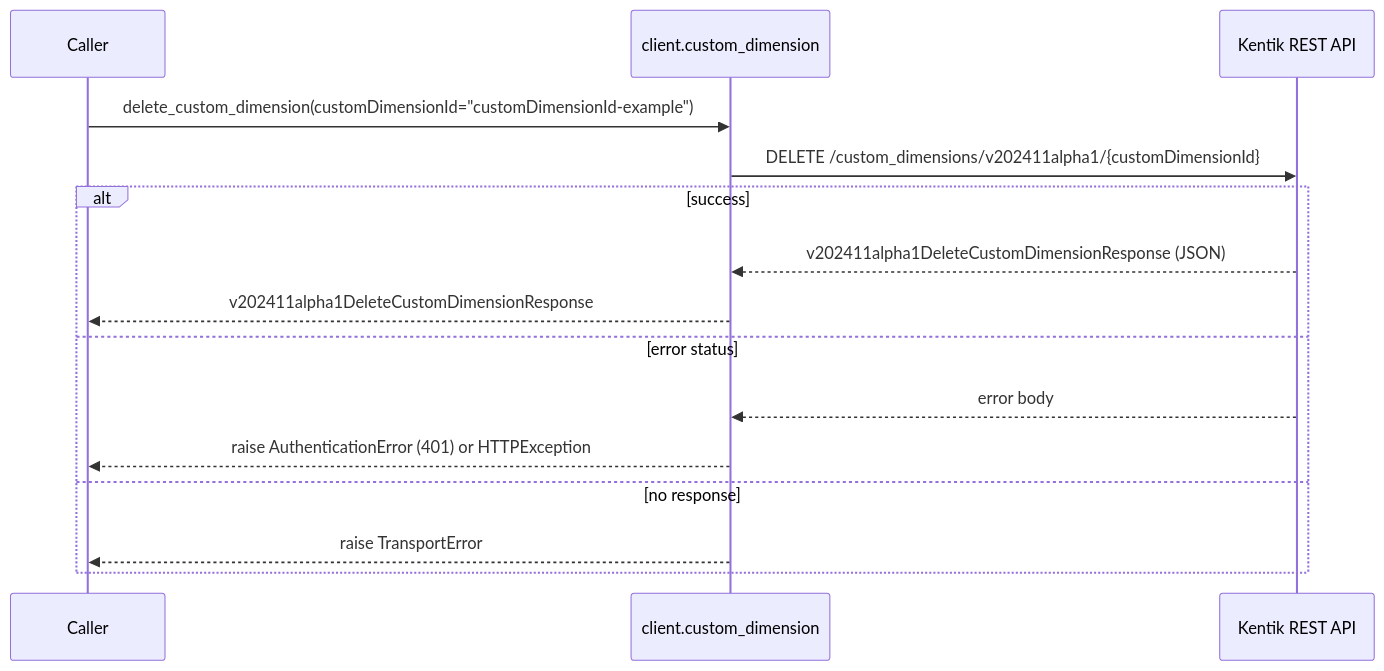
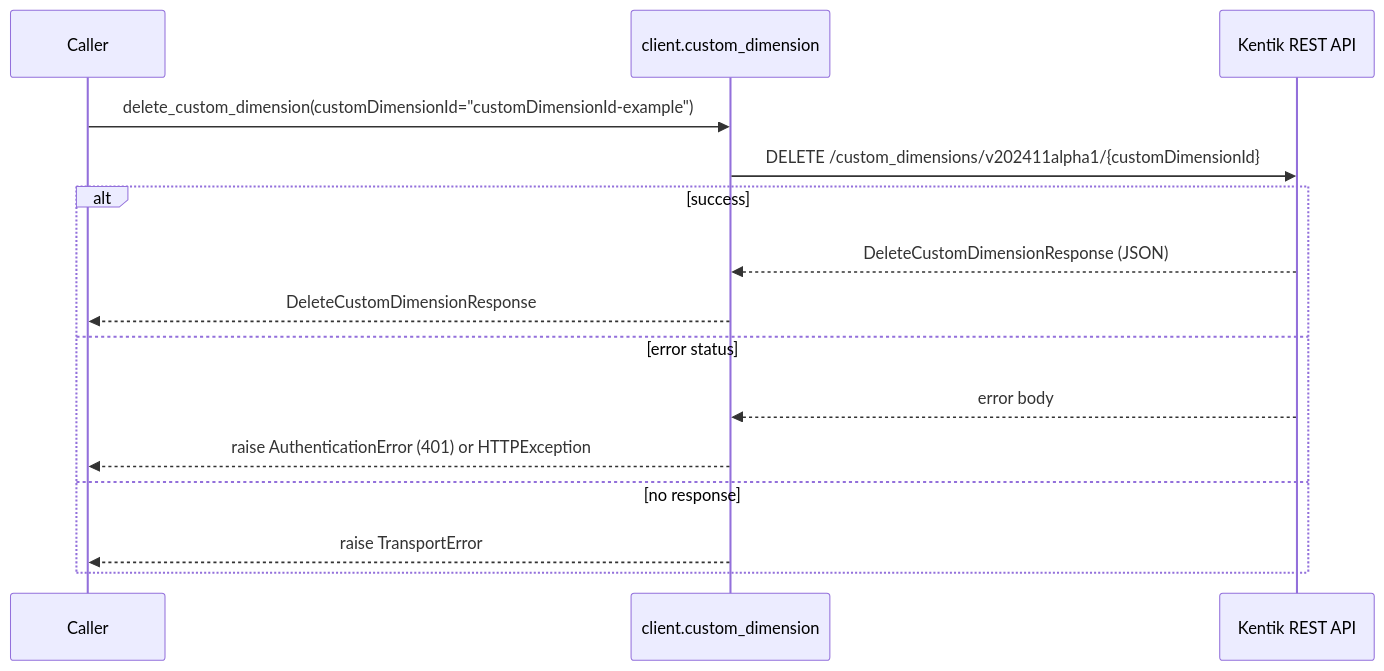
The eighth of 22 diagrams in docs/sphinx/services/custom_dimension.md (alexdearaujo/community_sdk_python), drawn with Mermaid before and after one commit. The commit also changed other lines of this file and 38 other files, not shown here.

````diff
--- a/docs/sphinx/services/custom_dimension.md
+++ b/docs/sphinx/services/custom_dimension.md
@@ -260,18 +260,18 @@
 ```mermaid
 sequenceDiagram
     participant C as Caller
     participant W as client.custom_dimension
     participant API as Kentik REST API
 
     C->>W: delete_custom_dimension(customDimensionId="customDimensionId-example")
     W->>API: DELETE /custom_dimensions/v202411alpha1/{customDimensionId}
     alt success
-        API-->>W: v202411alpha1DeleteCustomDimensionResponse (JSON)
-        W-->>C: v202411alpha1DeleteCustomDimensionResponse
+        API-->>W: DeleteCustomDimensionResponse (JSON)
+        W-->>C: DeleteCustomDimensionResponse
     else error status
         API-->>W: error body
         W-->>C: raise AuthenticationError (401) or HTTPException
     else no response
         W-->>C: raise TransportError
     end
 ```
````
